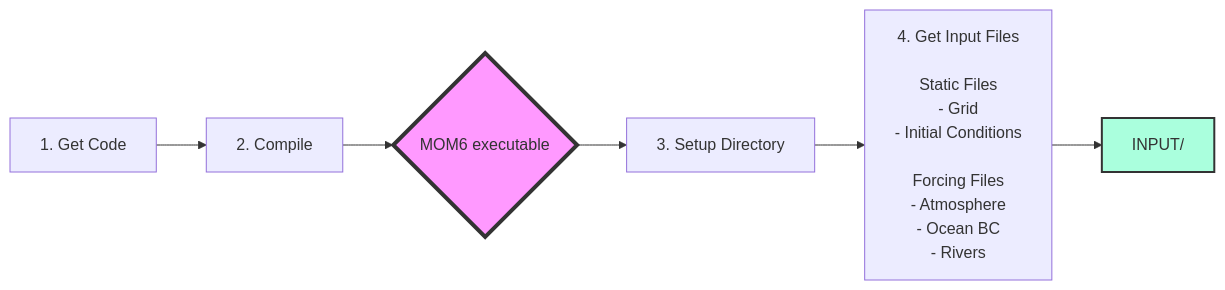
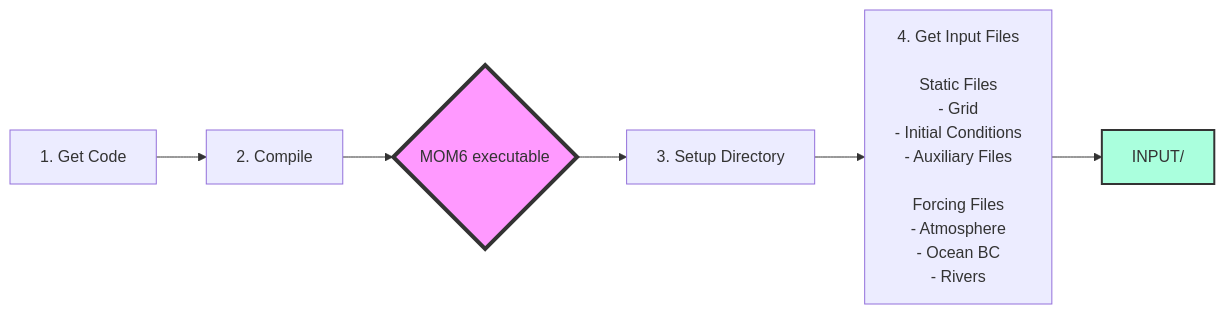
One commit to dksasaki/MOM6_COBALT_NEUS25 changed the first of 2 diagrams in exps/NEUS25.COBALT/README2.md. Above: the diagram before and after it, drawn with Mermaid.

````diff
--- a/exps/NEUS25.COBALT/README2.md
+++ b/exps/NEUS25.COBALT/README2.md
@@ -18,13 +18,13 @@
 ```mermaid
 flowchart LR
     A[1. Get Code] --> B[2. Compile]
     B --> C{MOM6 executable}
     C --> D[3. Setup Directory]
     
-    D --> E[4. Get Input Files <br/> <br/>Static Files<br/>- Grid<br/>- Initial Conditions <br/> <br/>Forcing Files<br/>- Atmosphere<br/>- Ocean BC<br/>- Rivers]
+    D --> E[4. Get Input Files <br/> <br/>Static Files<br/>- Grid<br/>- Initial Conditions<br/>- Auxiliary Files <br/> <br/>Forcing Files<br/>- Atmosphere<br/>- Ocean BC<br/>- Rivers]
 
     E --> H[INPUT/]
     
     style C fill:#f9f,stroke:#333,stroke-width:4px
     style H fill:#afd,stroke:#333,stroke-width:2px
 ```
````
